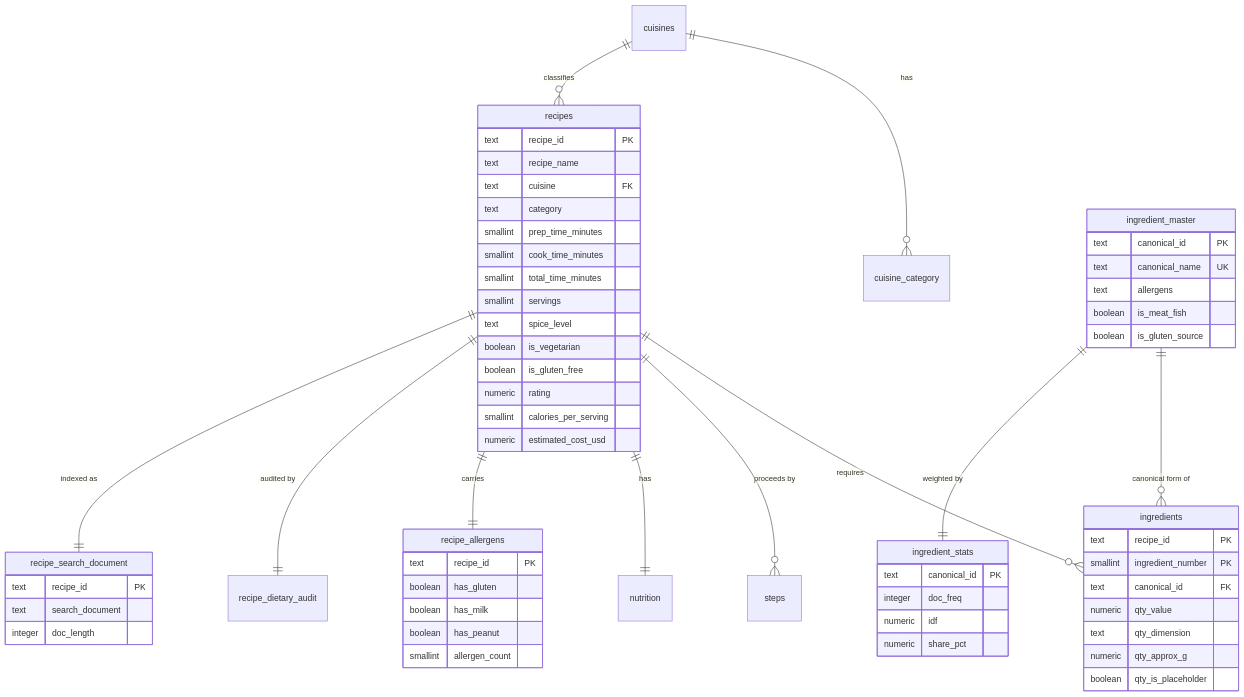
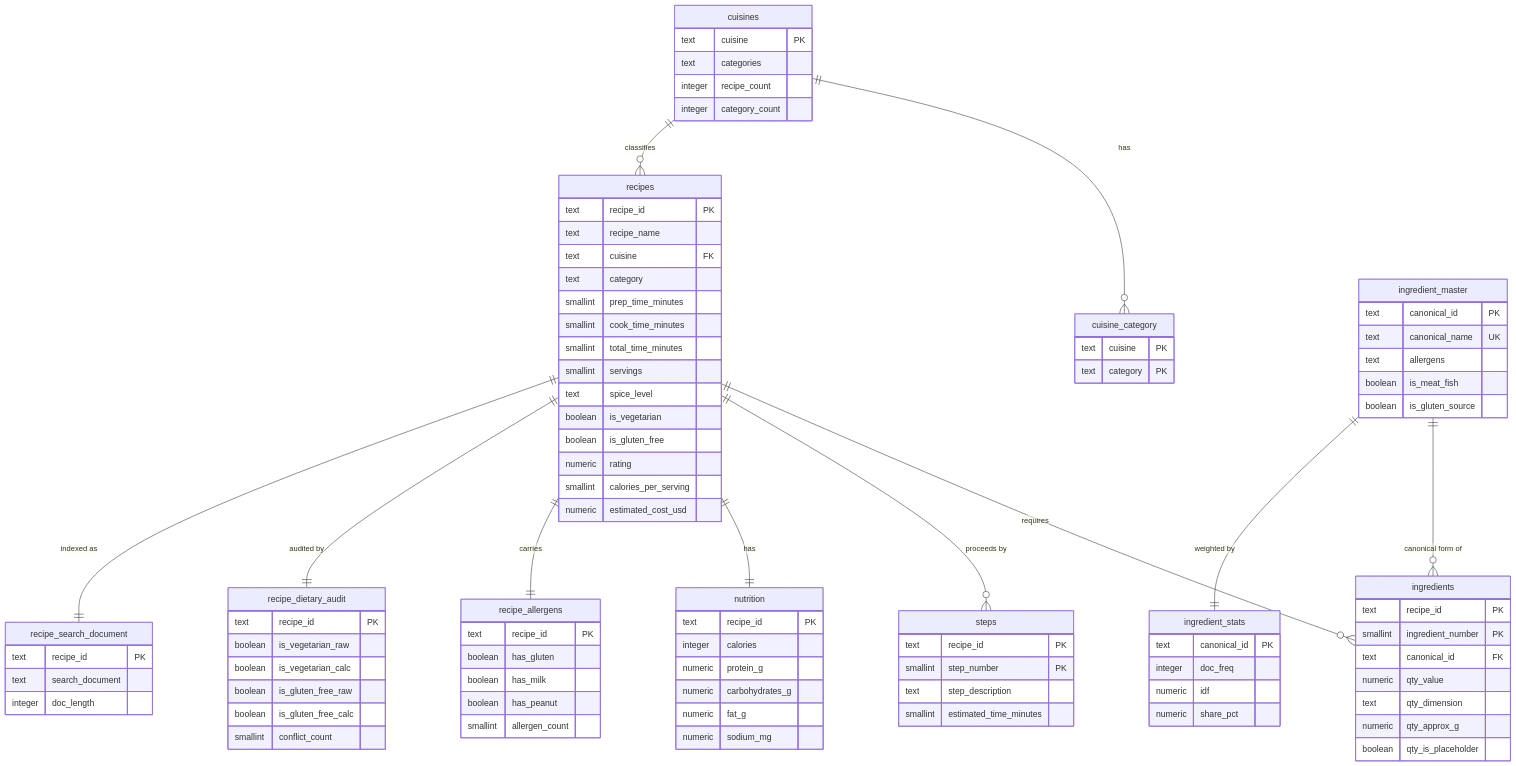
The diagram in docs/schema-design.md (qinghewang0628/recipe-nutrition-db-project), drawn with Mermaid before and after one commit. The commit also changed other lines of this file and 4 other files, not shown here.

```diff
--- a/docs/schema-design.md
+++ b/docs/schema-design.md
@@ -42,6 +42,16 @@
     recipes  ||--|| recipe_search_document : "indexed as"
     ingredient_master ||--|| ingredient_stats : "weighted by"
 
+    cuisines {
+        text    cuisine PK
+        text    categories
+        integer recipe_count
+        integer category_count
+    }
+    cuisine_category {
+        text cuisine PK
+        text category PK
+    }
     recipes {
         text     recipe_id PK
         text     recipe_name
@@ -74,6 +84,20 @@
         numeric  qty_approx_g
         boolean  qty_is_placeholder
     }
+    steps {
+        text     recipe_id PK
+        smallint step_number PK
+        text     step_description
+        smallint estimated_time_minutes
+    }
+    nutrition {
+        text     recipe_id PK
+        integer  calories
+        numeric  protein_g
+        numeric  carbohydrates_g
+        numeric  fat_g
+        numeric  sodium_mg
+    }
     ingredient_stats {
         text    canonical_id PK
         integer doc_freq
@@ -87,6 +111,14 @@
         boolean  has_peanut
         smallint allergen_count
     }
+    recipe_dietary_audit {
+        text     recipe_id PK
+        boolean  is_vegetarian_raw
+        boolean  is_vegetarian_calc
+        boolean  is_gluten_free_raw
+        boolean  is_gluten_free_calc
+        smallint conflict_count
+    }
     recipe_search_document {
         text    recipe_id PK
         text    search_document
```
